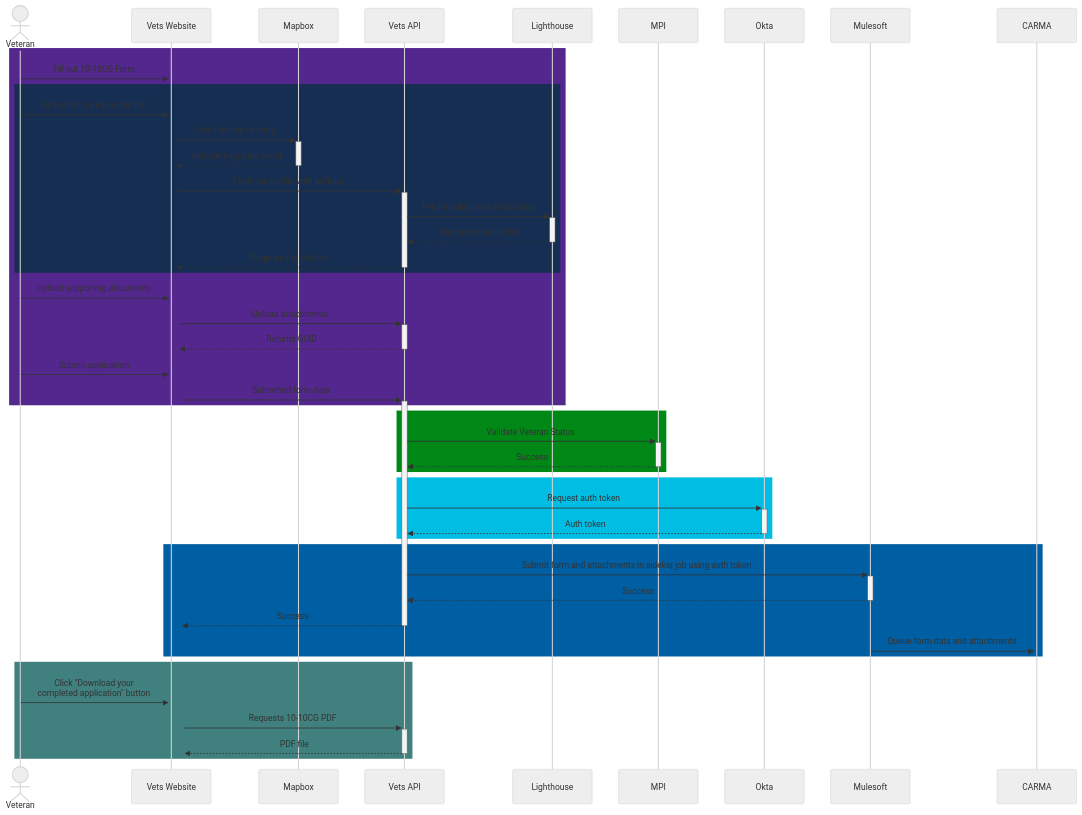
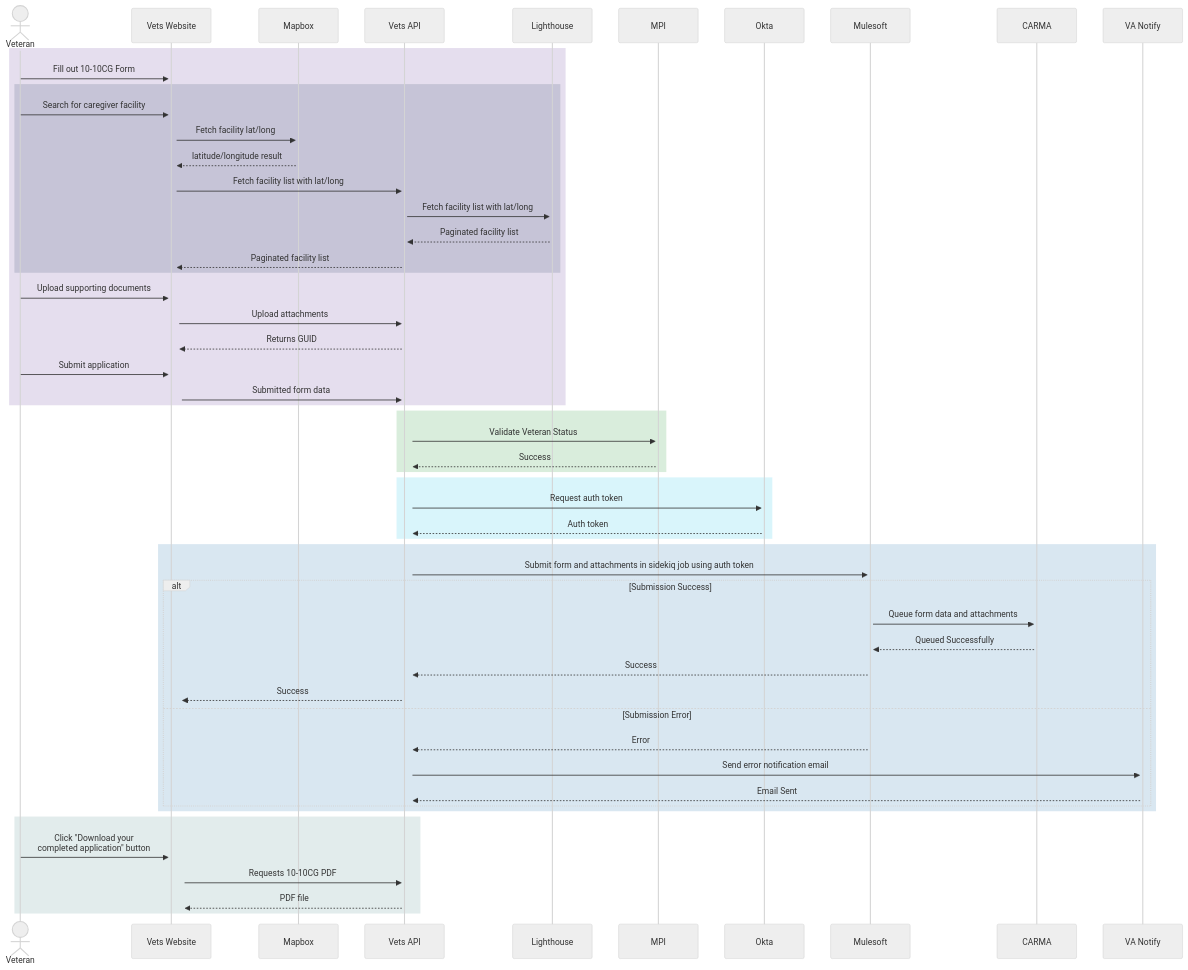
One commit to department-of-veterans-affairs/va.gov-team changed the diagram in products/caregivers/eng-docs/10-10CG Sequence Diagram.md. Above: the diagram before and after it, drawn with Mermaid (neutral theme).

Commit message:
update sequence diagram with vanotify

````diff
--- a/products/caregivers/eng-docs/10-10CG Sequence Diagram.md
+++ b/products/caregivers/eng-docs/10-10CG Sequence Diagram.md
@@ -1,55 +1,72 @@
 ```mermaid
 sequenceDiagram
   actor Veteran as Veteran
 
   participant vets-website as Vets Website
   participant mapbox as Mapbox
   participant vets-api as Vets API
   participant lighthouse as Lighthouse
   participant mpi as MPI
 
   participant Okta
   participant mulesoft as Mulesoft
   participant carma as CARMA
+  participant vanotify as VA Notify
 
-  rect rgb(84, 39, 143)
+  %% Form Filling Section - Purple with transparency
+  rect rgba(84, 39, 143, 0.15)
   Veteran ->>+ vets-website: Fill out 10-10CG Form
-  rect rgb(22, 46, 81)
+
+  %% Facility Search Section - Dark Blue with transparency
+  rect rgba(22, 46, 81, 0.15)
     Veteran ->>+ vets-website: Search for caregiver facility
     vets-website ->>+ mapbox: Fetch facility lat/long
-    mapbox -->>- vets-website: latitude/longitude result
+    mapbox -->> vets-website: latitude/longitude result
     vets-website ->>+ vets-api: Fetch facility list with lat/long
     vets-api ->>+ lighthouse: Fetch facility list with lat/long
-    lighthouse -->>- vets-api: Paginated facility list
-    vets-api -->>- vets-website: Paginated facility list
+    lighthouse -->> vets-api: Paginated facility list
+    vets-api -->> vets-website: Paginated facility list
   end
+
   Veteran ->>+ vets-website: Upload supporting documents
   vets-website ->>+ vets-api: Upload attachments
-  vets-api -->>- vets-website: Returns GUID
+  vets-api -->> vets-website: Returns GUID
   Veteran ->>+ vets-website: Submit application
   vets-website ->>+ vets-api: Submitted form data
   end
 
-  rect rgb(0, 136, 23)
+  %% MPI Validation Section - Green with transparency
+  rect rgba(0, 136, 23, 0.15)
   vets-api ->>+ mpi: Validate Veteran Status
-  mpi -->>- vets-api: Success
+  mpi -->> vets-api: Success
   end
 
-  rect rgb(0, 189, 227)
+  %% Okta Auth Section - Light Blue with transparency
+  rect rgba(0, 189, 227, 0.15)
   vets-api ->>+ Okta: Request auth token
-  Okta -->>- vets-api: Auth token
+  Okta -->> vets-api: Auth token
   end
 
-  rect rgb(0, 94, 162)
+  %% Mulesoft Submission Section - Deep Blue with transparency
+  rect rgba(0, 94, 162, 0.15)
   vets-api ->>+ mulesoft: Submit form and attachments in sidekiq job using auth token
-  mulesoft -->>- vets-api: Success
-  vets-api -->>- vets-website: Success
-  mulesoft ->>+ carma: Queue form data and attachments
+  alt Submission Success
+    mulesoft ->>+ carma: Queue form data and attachments
+    carma -->> mulesoft: Queued Successfully
+    mulesoft -->> vets-api: Success
+    vets-api -->> vets-website: Success
+  else Submission Error
+    mulesoft -->> vets-api: Error
+    vets-api ->>+ vanotify: Send error notification email
+    vanotify -->> vets-api: Email Sent
+  end
   end
 
-  rect rgb(64, 128, 126)
+  %% PDF Download Section - Teal with transparency
+  rect rgba(64, 128, 126, 0.15)
   Veteran ->>+ vets-website: Click "Download your <br> completed application" button
   vets-website ->>+ vets-api: Requests 10-10CG PDF
-  vets-api -->>- vets-website: PDF file
+  vets-api -->> vets-website: PDF file
   end
+
 ```
````
